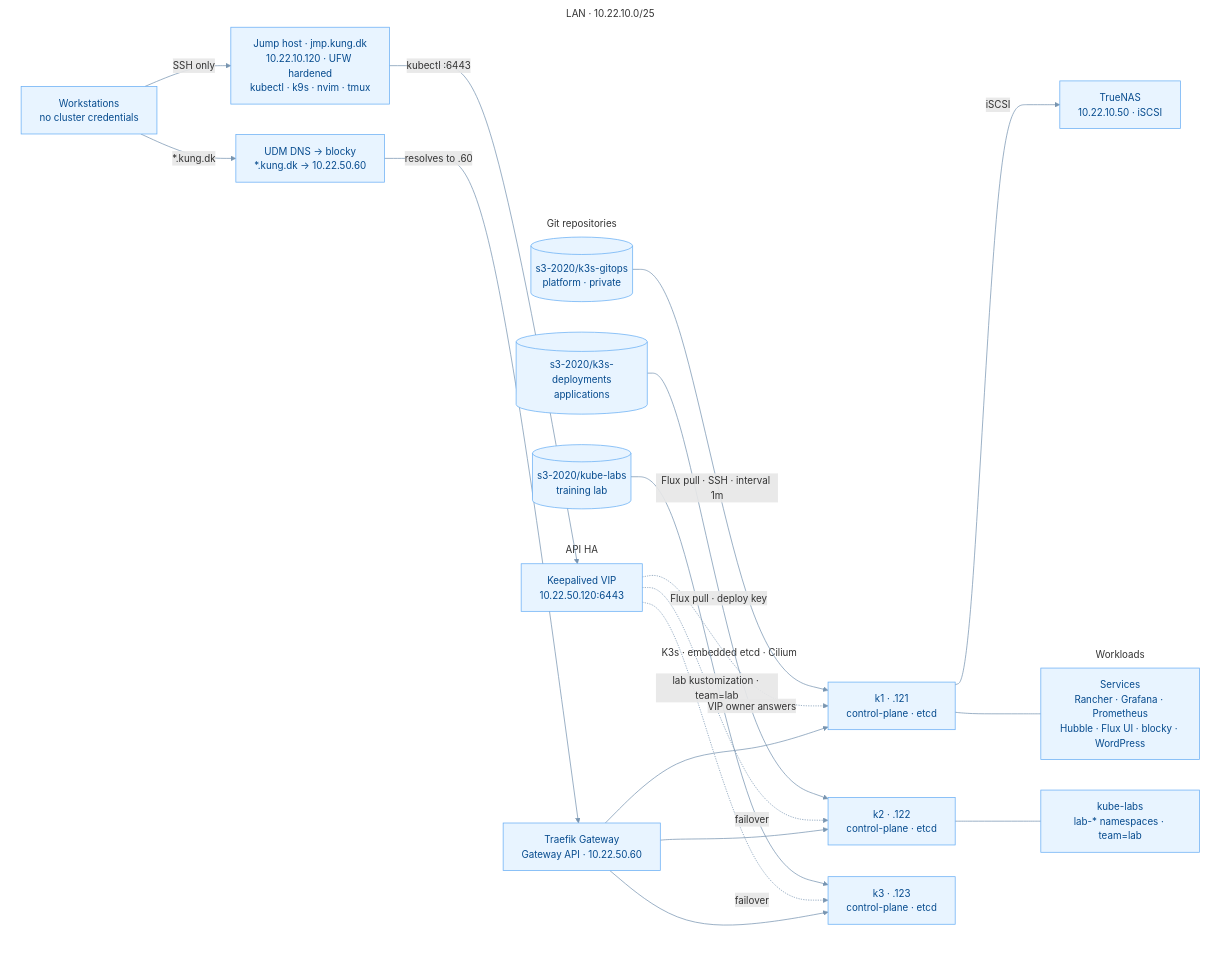
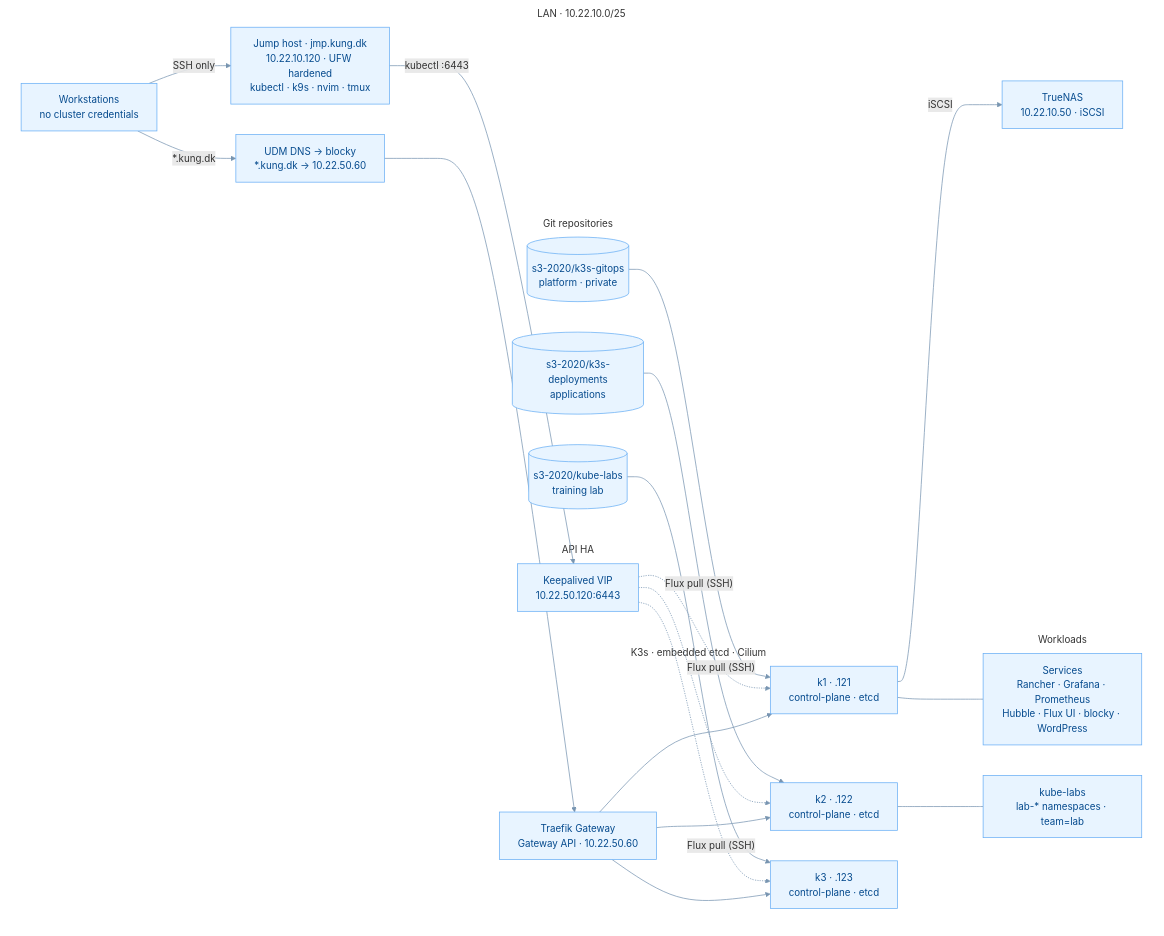
The diagram in README.md (s3-2020/homelab), drawn with Mermaid before and after one commit.

Commit message:
Mermaid: drop edge labels that stacked unreadably; shorter labels on remaining edges

````diff
--- a/README.md
+++ b/README.md
@@ -17,80 +17,80 @@
 ```mermaid
 flowchart LR
 
     %% CLIENTS AND DNS
     subgraph LAN["LAN · 10.22.10.0/25"]
         CL["Workstations<br/>no cluster credentials"]
         JMP["Jump host · jmp.kung.dk<br/>10.22.10.120 · UFW hardened<br/>kubectl · k9s · nvim · tmux"]
         DNSV["UDM DNS → blocky<br/>*.kung.dk → 10.22.50.60"]
         NAS["TrueNAS<br/>10.22.10.50 · iSCSI"]
     end
 
     %% GITOPS SOURCE
     subgraph REPOS["Git repositories"]
         GH1[("s3-2020/k3s-gitops<br/>platform · private")]
         GH2[("s3-2020/k3s-deployments<br/>applications")]
         GH3[("s3-2020/kube-labs<br/>training lab")]
     end
 
     %% API HA
     subgraph API["API HA"]
         VIP["Keepalived VIP<br/>10.22.50.120:6443"]
     end
 
     %% CLUSTER
     subgraph KC["K3s · embedded etcd · Cilium"]
         K1["k1 · .121<br/>control-plane · etcd"]
         K2["k2 · .122<br/>control-plane · etcd"]
         K3["k3 · .123<br/>control-plane · etcd"]
         TRV["Traefik Gateway<br/>Gateway API · 10.22.50.60"]
     end
 
     %% WORKLOADS
     subgraph WL["Workloads"]
         SVC["Services<br/>Rancher · Grafana · Prometheus<br/>Hubble · Flux UI · blocky · WordPress"]
         LAB["kube-labs<br/>lab-* namespaces · team=lab"]
     end
 
     %% CLIENT PATH
     CL -->|"SSH only"| JMP
     JMP -->|"kubectl :6443"| VIP
     CL -->|"*.kung.dk"| DNSV
-    DNSV -->|"resolves to .60"| TRV
+    DNSV --> TRV
 
     %% GITOPS PATH
-    GH1 -->|"Flux pull · SSH · interval 1m"| K1
-    GH2 -->|"Flux pull · deploy key"| K2
-    GH3 -->|"lab kustomization · team=lab"| K3
+    GH1 -->|"Flux pull (SSH)"| K1
+    GH2 -->|"Flux pull (SSH)"| K2
+    GH3 -->|"Flux pull (SSH)"| K3
 
     %% API FAILOVER
-    VIP -.->|"VIP owner answers"| K1
-    VIP -.->|"failover"| K2
-    VIP -.->|"failover"| K3
+    VIP -.-> K1
+    VIP -.-> K2
+    VIP -.-> K3
 
     %% INGRESS TO NODES
     TRV --> K1
     TRV --> K2
     TRV --> K3
 
     %% STORAGE
     K1 -->|"iSCSI"| NAS
 
     %% WORKLOAD MAPPING
     K1 ~~~ SVC
     K2 ~~~ LAB
 
     %% STYLING
     classDef box fill:#e8f4ff,stroke:#68aef5,color:#064b8e,stroke-width:1.2px
     classDef repo fill:#e8f4ff,stroke:#68aef5,color:#064b8e,stroke-width:1.2px
 
     class CL,DNSV,NAS,VIP,K1,K2,K3,TRV,SVC,LAB,JMP box
     class GH1,GH2,GH3 repo
 
     style LAN fill:transparent,stroke:transparent
     style REPOS fill:transparent,stroke:transparent
     style API fill:transparent,stroke:transparent
     style KC fill:transparent,stroke:transparent
     style WL fill:transparent,stroke:transparent
 
     linkStyle default stroke:#7895b1,stroke-width:1.2px
 ```
````
